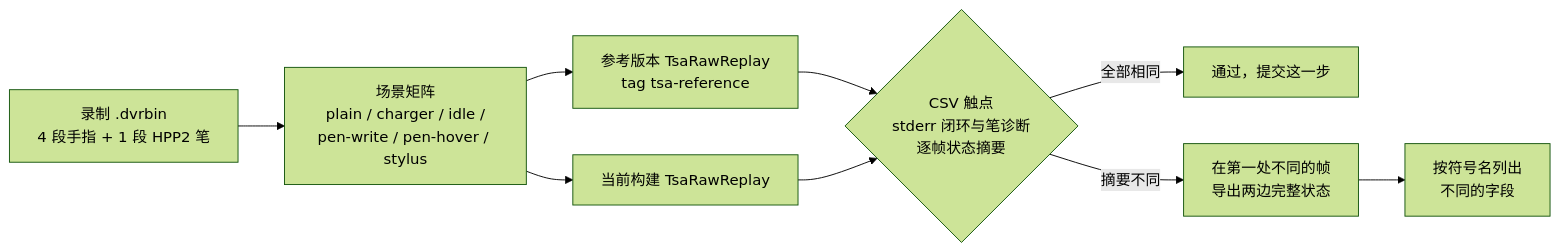
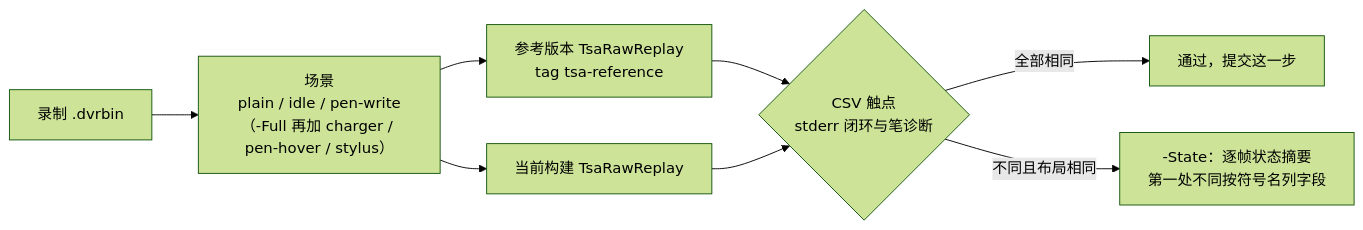
Before and after one commit to awarson2233/EGoTouchRev: the first of 3 diagrams in docs/finger_algorithms/tsacore-cpp-rewrite.md, drawn with Mermaid (forest theme). The commit also changed other lines of this file and 54 other files, not shown here.

````diff
--- a/docs/finger_algorithms/tsacore-cpp-rewrite.md
+++ b/docs/finger_algorithms/tsacore-cpp-rewrite.md
@@ -16,11 +15,10 @@
 ```mermaid
 flowchart LR
-    REC["录制 .dvrbin<br/>4 段手指 + 1 段 HPP2 笔"] --> SC["场景矩阵<br/>plain / charger / idle /<br/>pen-write / pen-hover / stylus"]
+    REC["录制 .dvrbin"] --> SC["场景<br/>plain / idle / pen-write<br/>（-Full 再加 charger / pen-hover / stylus）"]
     SC --> REF["参考版本 TsaRawReplay<br/>tag tsa-reference"]
     SC --> CUR["当前构建 TsaRawReplay"]
-    REF --> CMP{"CSV 触点<br/>stderr 闭环与笔诊断<br/>逐帧状态摘要"}
+    REF --> CMP{"CSV 触点<br/>stderr 闭环与笔诊断"}
     CUR --> CMP
     CMP -- 全部相同 --> PASS["通过，提交这一步"]
-    CMP -- 摘要不同 --> DUMP["在第一处不同的帧<br/>导出两边完整状态"]
-    DUMP --> DIFF["按符号名列出<br/>不同的字段"]
+    CMP -- 不同且布局相同 --> DIFF["-State：逐帧状态摘要<br/>第一处不同按符号名列字段"]
 ```
````
